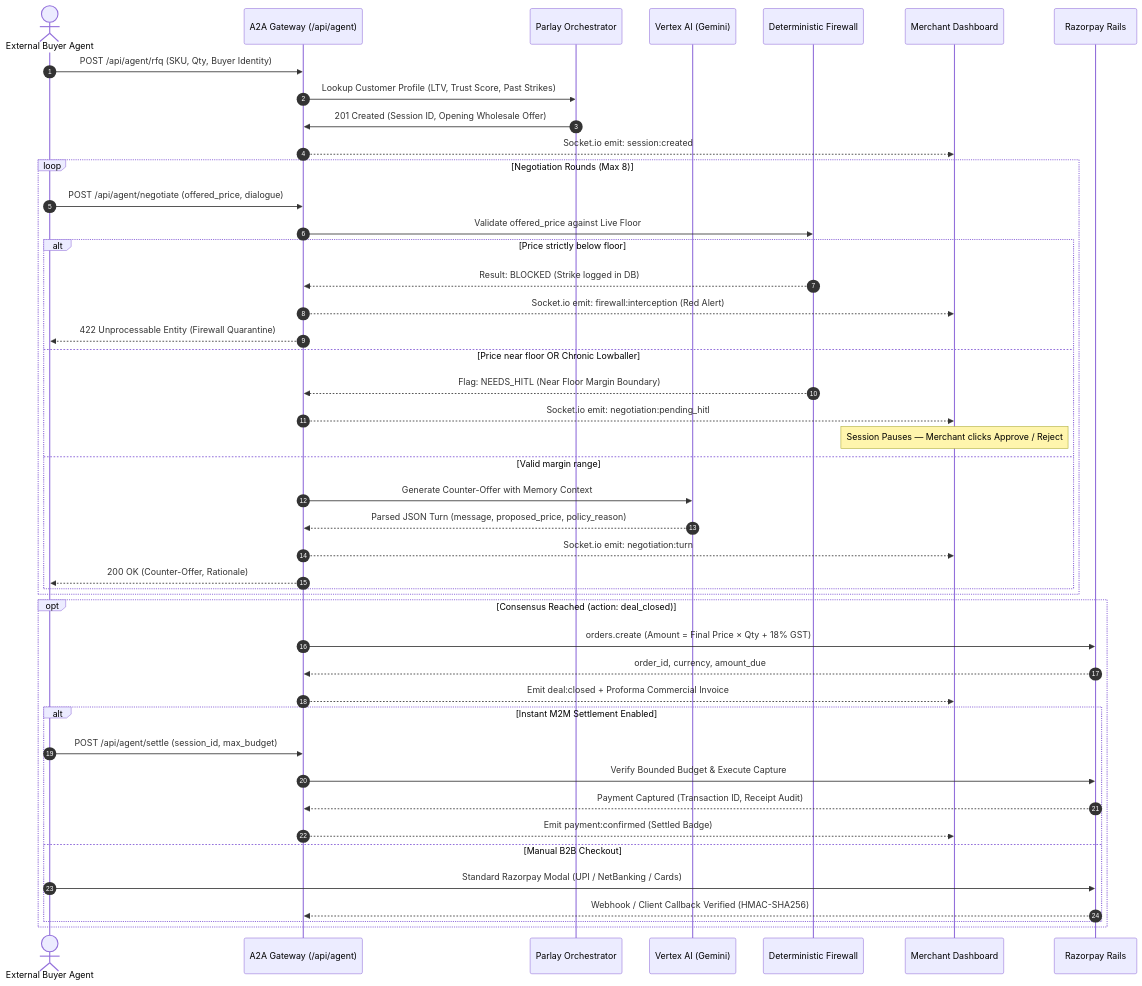
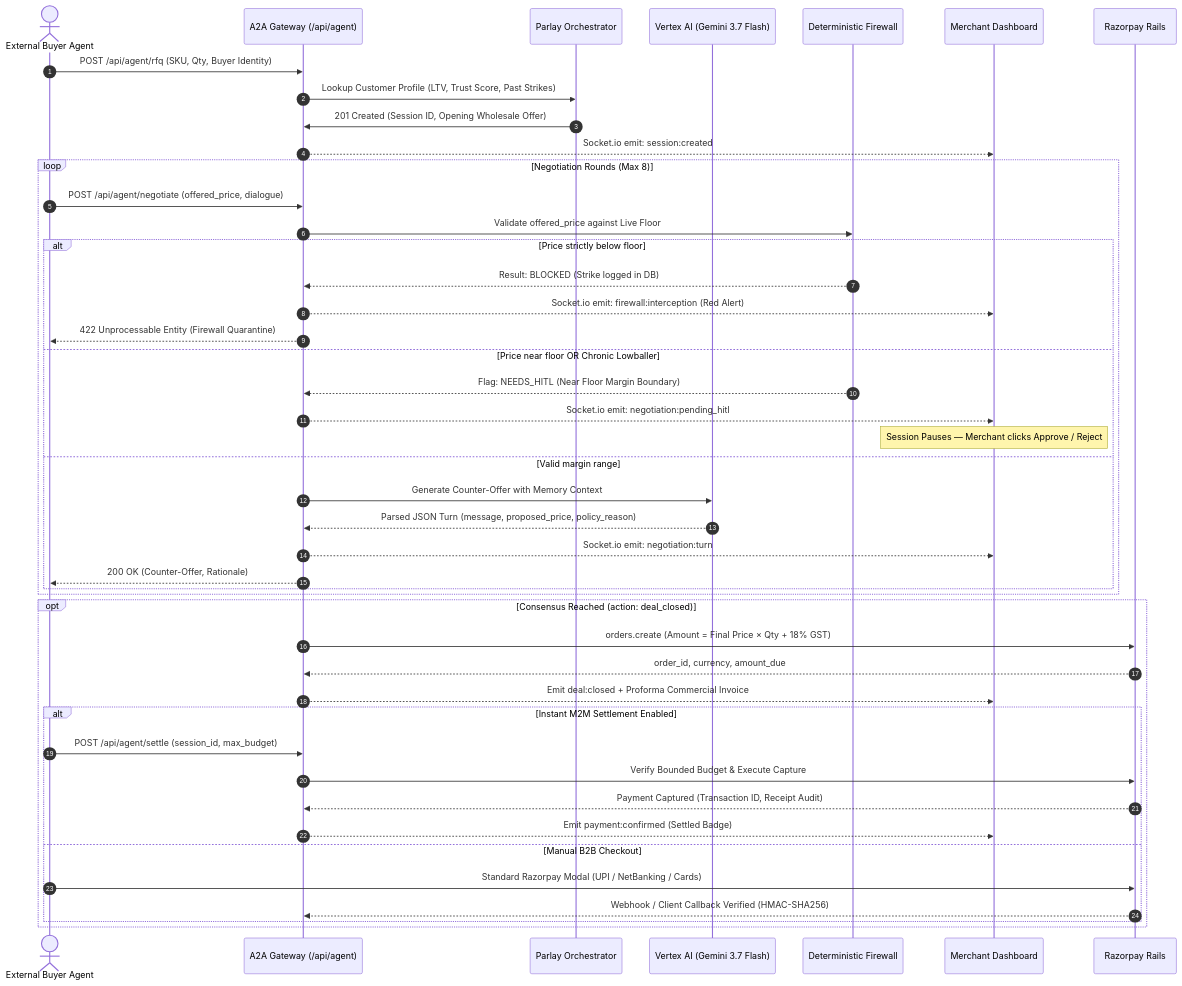
Before and after one commit to AmeyaSingh23/Parlay: the second of 2 diagrams in README.md, drawn with Mermaid. The commit also changed other lines of this file, not shown here.

````diff
--- a/README.md
+++ b/README.md
@@ -114,50 +121,50 @@
 ```mermaid
 sequenceDiagram
     autonumber
     actor Buyer as External Buyer Agent
     participant GW as A2A Gateway (/api/agent)
     participant Core as Parlay Orchestrator
-    participant LLM as Vertex AI (Gemini)
+    participant LLM as Vertex AI (Gemini 3.7 Flash)
     participant FW as Deterministic Firewall
     participant Hub as Merchant Dashboard
     participant RZP as Razorpay Rails
 
     Buyer->>GW: POST /api/agent/rfq (SKU, Qty, Buyer Identity)
     GW->>Core: Lookup Customer Profile (LTV, Trust Score, Past Strikes)
     Core->>GW: 201 Created (Session ID, Opening Wholesale Offer)
     GW-->>Hub: Socket.io emit: session:created
 
     loop Negotiation Rounds (Max 8)
         Buyer->>GW: POST /api/agent/negotiate (offered_price, dialogue)
         GW->>FW: Validate offered_price against Live Floor
         alt Price strictly below floor
             FW-->>GW: Result: BLOCKED (Strike logged in DB)
             GW-->>Hub: Socket.io emit: firewall:interception (Red Alert)
             GW-->>Buyer: 422 Unprocessable Entity (Firewall Quarantine)
         else Price near floor OR Chronic Lowballer
             FW-->>GW: Flag: NEEDS_HITL (Near Floor Margin Boundary)
             GW-->>Hub: Socket.io emit: negotiation:pending_hitl
             Note over Hub: Session Pauses — Merchant clicks Approve / Reject
         else Valid margin range
             GW->>LLM: Generate Counter-Offer with Memory Context
             LLM-->>GW: Parsed JSON Turn (message, proposed_price, policy_reason)
             GW-->>Hub: Socket.io emit: negotiation:turn
             GW-->>Buyer: 200 OK (Counter-Offer, Rationale)
         end
     end
 
     opt Consensus Reached (action: deal_closed)
         GW->>RZP: orders.create (Amount = Final Price × Qty + 18% GST)
         RZP-->>GW: order_id, currency, amount_due
         GW-->>Hub: Emit deal:closed + Proforma Commercial Invoice
         alt Instant M2M Settlement Enabled
             Buyer->>GW: POST /api/agent/settle (session_id, max_budget)
             GW->>RZP: Verify Bounded Budget & Execute Capture
             RZP-->>GW: Payment Captured (Transaction ID, Receipt Audit)
             GW-->>Hub: Emit payment:confirmed (Settled Badge)
         else Manual B2B Checkout
             Buyer->>RZP: Standard Razorpay Modal (UPI / NetBanking / Cards)
             RZP-->>GW: Webhook / Client Callback Verified (HMAC-SHA256)
         end
     end
 ```
````
